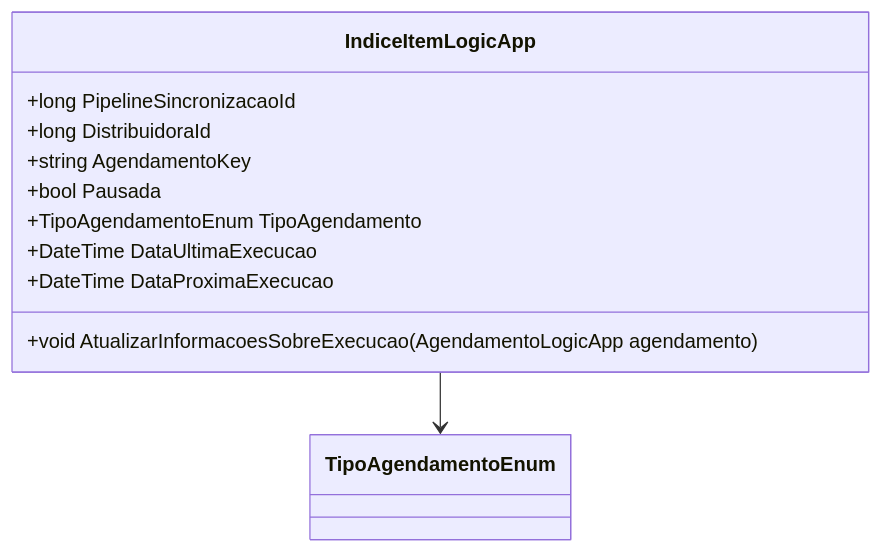
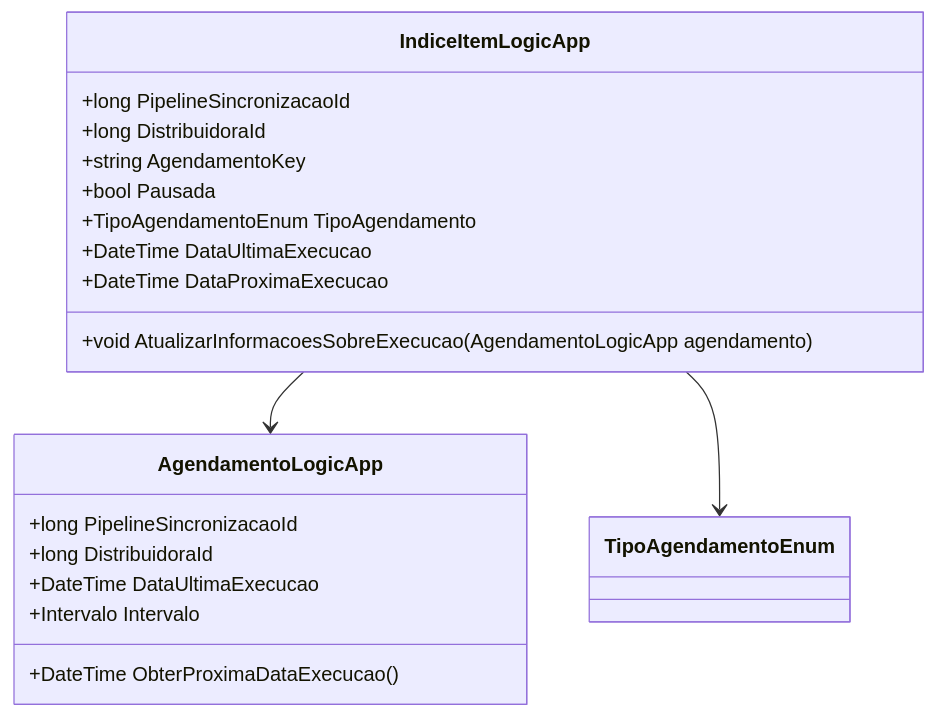
One commit to IsthmusSistemas/documentacao-tecnica changed the second of 2 diagrams in docs/b2b-dominio/IsthmusWinthor.Nucleo/IsthmusWinthor.Dominio/POCO/IndiceItemLogicApp.md. Above: the diagram before and after it, drawn with Mermaid. The commit also changed other lines of this file and 882 other files, not shown here.

````diff
--- a/docs/b2b-dominio/IsthmusWinthor.Nucleo/IsthmusWinthor.Dominio/POCO/IndiceItemLogicApp.md
+++ b/docs/b2b-dominio/IsthmusWinthor.Nucleo/IsthmusWinthor.Dominio/POCO/IndiceItemLogicApp.md
@@ -37,14 +40,25 @@
 ```mermaid
 classDiagram
     class IndiceItemLogicApp {
         +long PipelineSincronizacaoId
         +long DistribuidoraId
         +string AgendamentoKey
         +bool Pausada
         +TipoAgendamentoEnum TipoAgendamento
         +DateTime DataUltimaExecucao
         +DateTime DataProximaExecucao
         +void AtualizarInformacoesSobreExecucao(AgendamentoLogicApp agendamento)
     }
+
+    class TipoAgendamentoEnum {}
+    class AgendamentoLogicApp {
+        +long PipelineSincronizacaoId
+        +long DistribuidoraId
+        +DateTime DataUltimaExecucao
+        +DateTime ObterProximaDataExecucao()
+        +Intervalo Intervalo
+    }
+    
+    IndiceItemLogicApp --> AgendamentoLogicApp
     IndiceItemLogicApp --> TipoAgendamentoEnum
 ```
````
